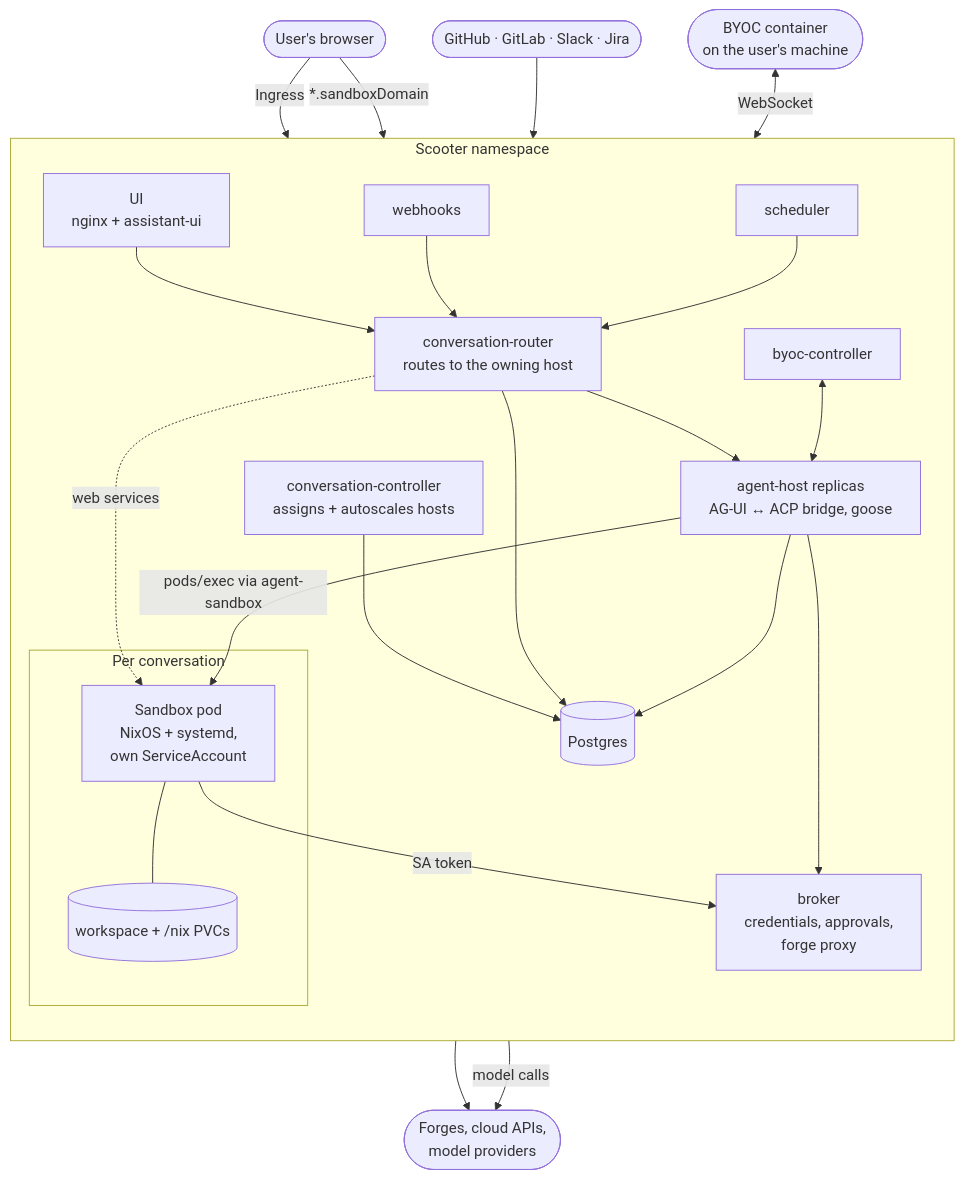
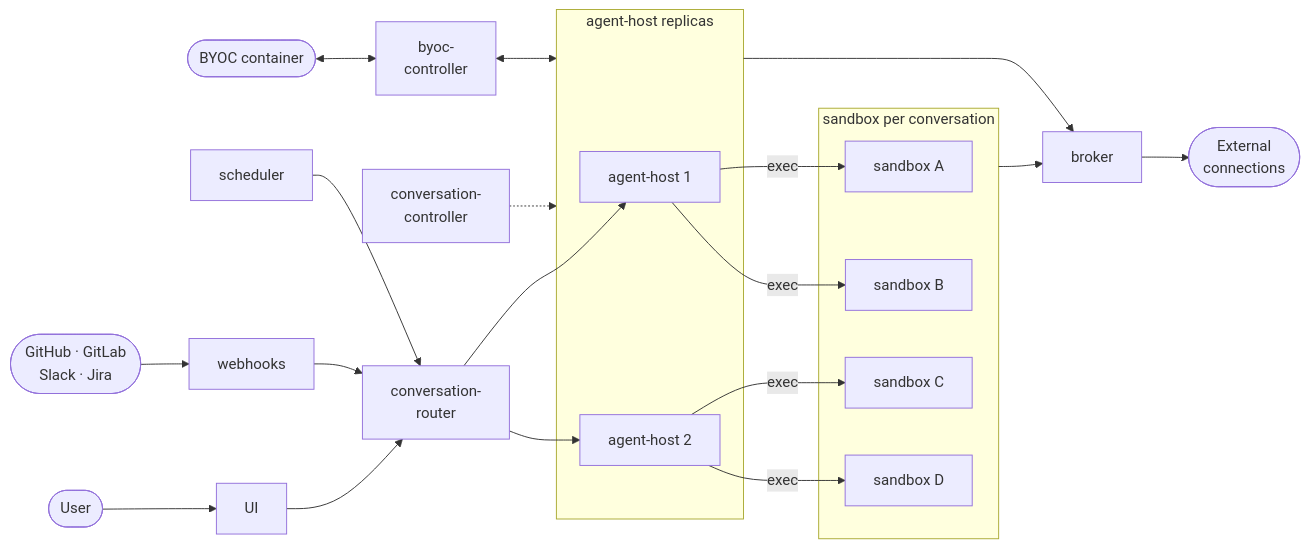
One commit to chadac-me/scooter changed the diagram in docs/architecture.md. Above: the diagram before and after it, drawn with Mermaid. The commit also changed other lines of this file, not shown here.

Commit message:
docs(architecture): horizontal diagram showing hosts fanning out to sandboxes
Drop Postgres and the PVCs, which add detail without explaining the
shape, and show the router spreading conversations over agent-host
replicas, each driving several sandboxes.

````diff
--- a/docs/architecture.md
+++ b/docs/architecture.md
@@ -9,46 +9,40 @@
 ```mermaid
-flowchart TB
-    user(["User's browser"])
-    ext(["GitHub · GitLab · Slack · Jira"])
-    byocbox(["BYOC container<br/>on the user's machine"])
+flowchart LR
+    user(["User"])
+    ext(["GitHub · GitLab<br/>Slack · Jira"])
+    byocbox(["BYOC container"])
 
-    subgraph ns["Scooter namespace"]
-        direction TB
-        ui["UI<br/>nginx + assistant-ui"]
-        webhooks["webhooks"]
-        sched["scheduler"]
-        router["conversation-router<br/>routes to the owning host"]
-        ctrl["conversation-controller<br/>assigns + autoscales hosts"]
-        host["agent-host replicas<br/>AG-UI ↔ ACP bridge, goose"]
-        byocctl["byoc-controller"]
-        pg[("Postgres")]
-        broker["broker<br/>credentials, approvals,<br/>forge proxy"]
+    ui["UI"]
+    webhooks["webhooks"]
+    sched["scheduler"]
+    router["conversation-<br/>router"]
+    ctrl["conversation-<br/>controller"]
+    byocctl["byoc-<br/>controller"]
 
-        subgraph conv["Per conversation"]
-            sandbox["Sandbox pod<br/>NixOS + systemd,<br/>own ServiceAccount"]
-            pvc[("workspace + /nix PVCs")]
-        end
+    subgraph hosts["agent-host replicas"]
+        host1["agent-host 1"]
+        host2["agent-host 2"]
     end
 
-    world(["Forges, cloud APIs,<br/>model providers"])
+    subgraph sandboxes["sandbox per conversation"]
+        sb1["sandbox A"]
+        sb2["sandbox B"]
+        sb3["sandbox C"]
+        sb4["sandbox D"]
+    end
 
-    user -->|"Ingress"| ui
-    user -->|"*.sandboxDomain"| router
-    ext --> webhooks
-    ui --> router
-    webhooks --> router
+    broker["broker"]
+    world(["External<br/>connections"])
+
+    user --> ui --> router
+    ext --> webhooks --> router
     sched --> router
-    router --> host
-    router -.->|"web services"| sandbox
-    ctrl --> pg
-    router --> pg
-    host --> pg
-    byocbox <-->|"WebSocket"| byocctl
-    byocctl <--> host
-    host -->|"pods/exec via agent-sandbox"| sandbox
-    sandbox --- pvc
-    sandbox -->|"SA token"| broker
-    host --> broker
+    ctrl -.-> hosts
+    router --> host1 & host2
+    host1 -->|exec| sb1 & sb2
+    host2 -->|exec| sb3 & sb4
+    byocbox <--> byocctl <--> hosts
+    sandboxes --> broker
+    hosts --> broker
     broker --> world
-    host -->|"model calls"| world
 ```
````
